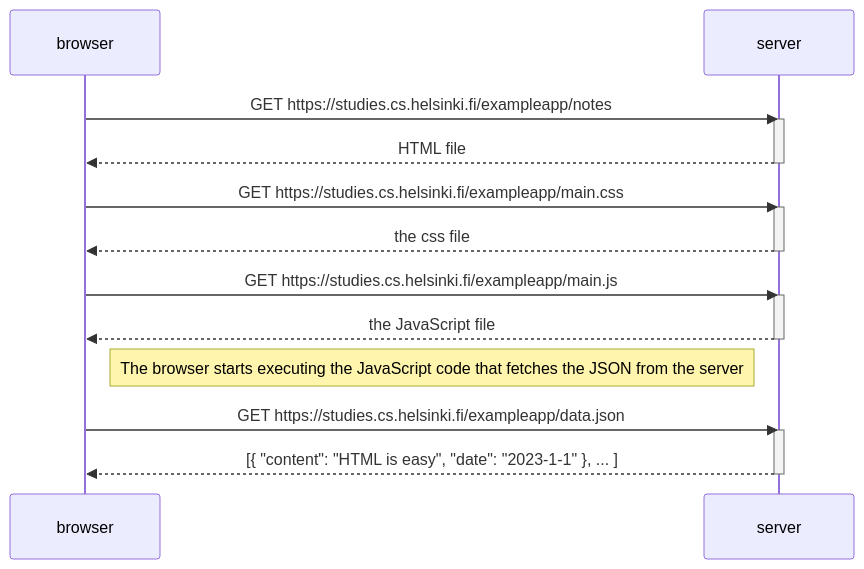
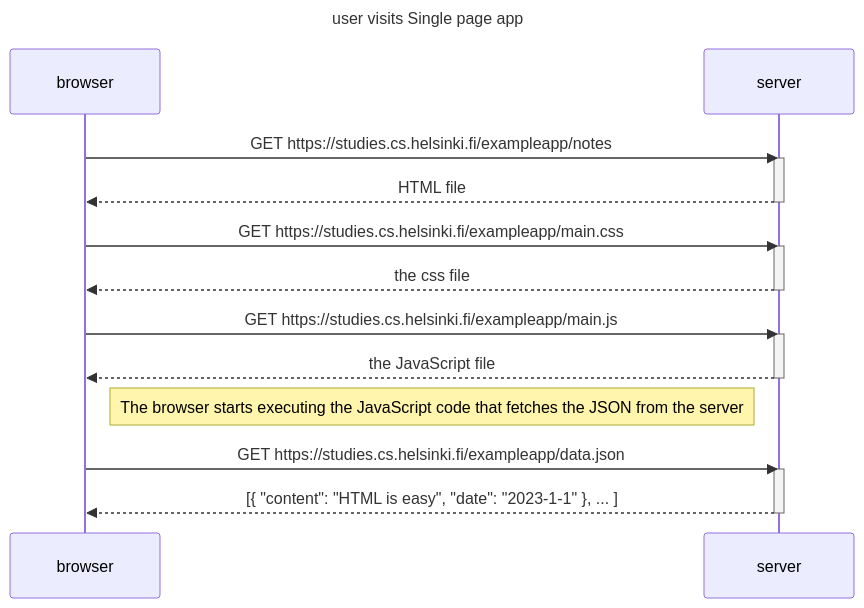
The diagram in part0/0.5.md (clewandowski32/fullstackcourse), drawn with Mermaid before and after one commit.

Commit message:
Updated 0.5.md to add title

````diff
--- a/part0/0.5.md
+++ b/part0/0.5.md
@@ -1,27 +1,28 @@
 ```mermaid
 sequenceDiagram
+    title  user visits Single page app
     participant browser
     participant server
     
     browser->>server: GET https://studies.cs.helsinki.fi/exampleapp/notes
     activate server
     server-->>browser: HTML file
     deactivate server
 
     browser->>server: GET https://studies.cs.helsinki.fi/exampleapp/main.css
     activate server
     server-->>browser: the css file
     deactivate server
 
     browser->>server: GET https://studies.cs.helsinki.fi/exampleapp/main.js
     activate server
     server-->>browser: the JavaScript file
     deactivate server
 
     Note right of browser: The browser starts executing the JavaScript code that fetches the JSON from the server
 
     browser->>server: GET https://studies.cs.helsinki.fi/exampleapp/data.json
     activate server
     server-->>browser: [{ "content": "HTML is easy", "date": "2023-1-1" }, ... ]
     deactivate server
 ```
````
